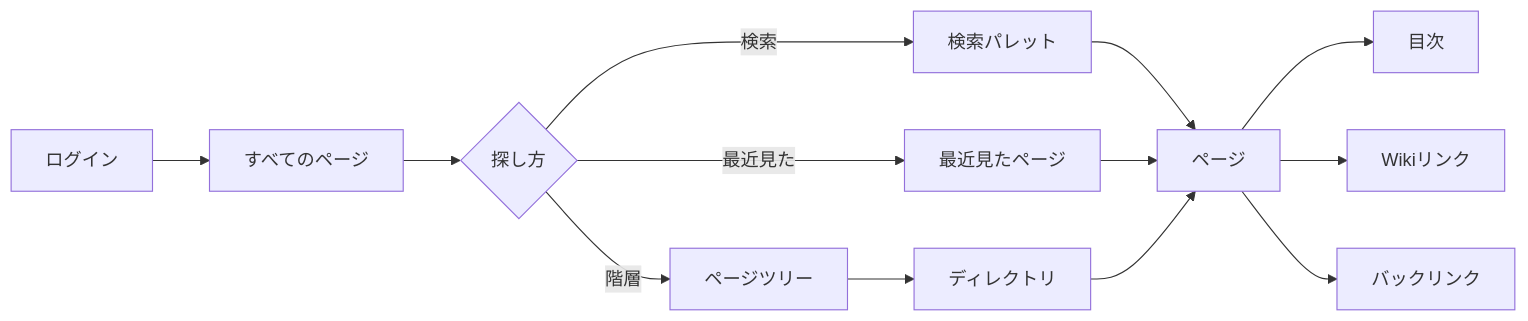
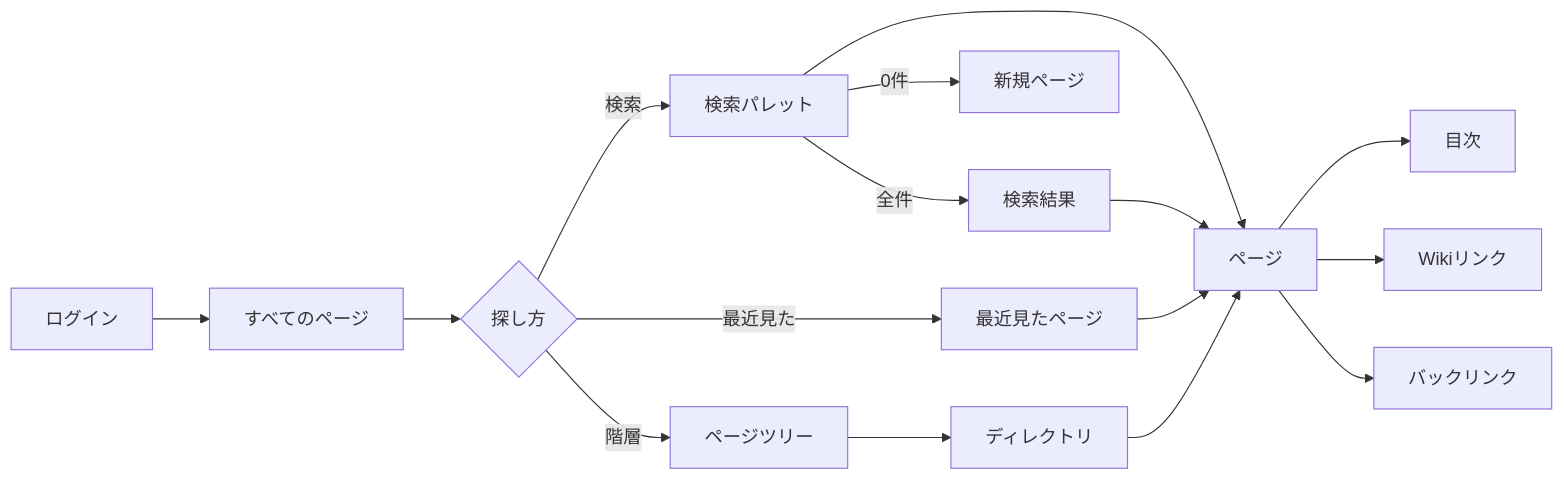
One commit to Zli-UoA/zeee changed the first of 4 diagrams in docs/ia/01-user-operations.md. Above: the diagram before and after it, drawn with Mermaid. The commit also changed other lines of this file and 4 other files, not shown here.

````diff
--- a/docs/ia/01-user-operations.md
+++ b/docs/ia/01-user-operations.md
@@ -40,15 +40,18 @@
 ```mermaid
 flowchart LR
   A[ログイン] --> B[すべてのページ]
   B --> C{探し方}
   C -->|検索| D[検索パレット]
   C -->|最近見た| E[最近見たページ]
   C -->|階層| F[ページツリー]
   D --> G[ページ]
+  D -->|0件| L[新規ページ]
+  D -->|全件| M[検索結果]
+  M --> G
   E --> G
   F --> H[ディレクトリ]
   H --> G
   G --> I[目次]
   G --> J[Wikiリンク]
   G --> K[バックリンク]
 ```
````
